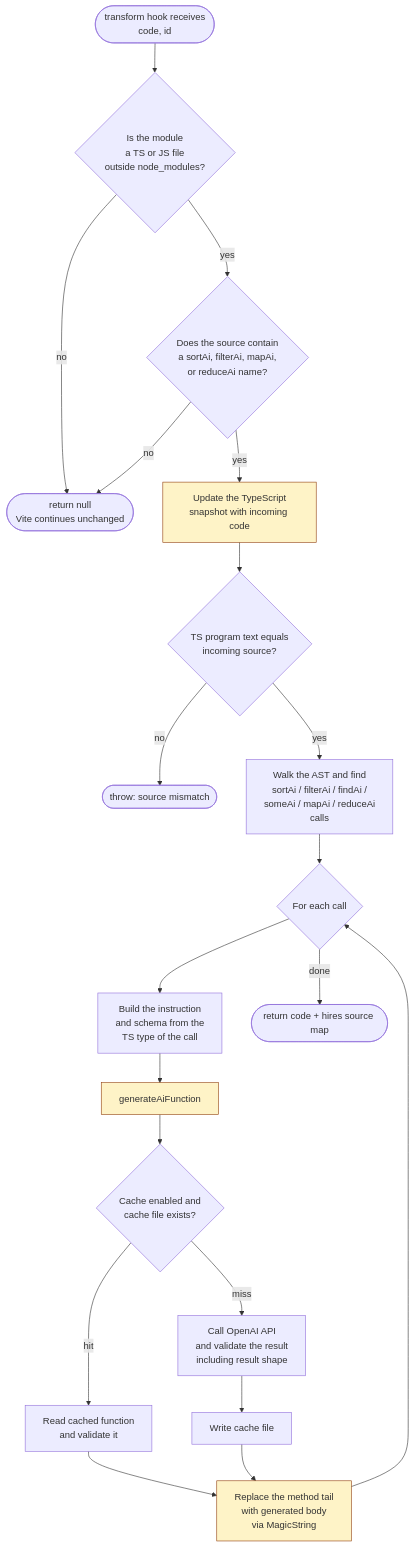
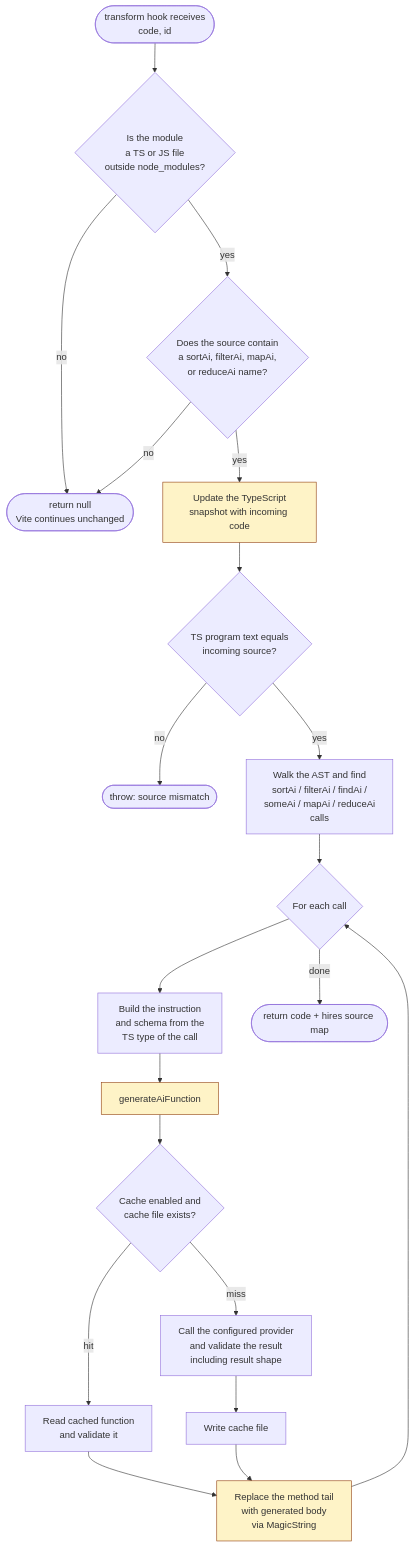
Before and after one commit to rand0mC0d3r/ai-lambda: the second of 4 diagrams in packages/vite-plugin/docs/architecture.md, drawn with Mermaid. The commit also changed other lines of this file and 23 other files, not shown here.

````diff
--- a/packages/vite-plugin/docs/architecture.md
+++ b/packages/vite-plugin/docs/architecture.md
@@ -47,26 +47,26 @@
 ```mermaid
 flowchart TD
     T([transform hook receives<br/>code, id]) --> U{Is the module<br/>a TS or JS file<br/>outside node_modules?}
     U -->|no| P1([return null<br/>Vite continues unchanged])
     U -->|yes| V{Does the source contain<br/>a sortAi, filterAi, mapAi,<br/>or reduceAi name?}
     V -->|no| P1
     V -->|yes| W[Update the TypeScript<br/>snapshot with incoming code]
     W --> X{TS program text equals<br/>incoming source?}
     X -->|no| ERR1([throw: source mismatch])
     X -->|yes| Y[Walk the AST and find<br/>sortAi / filterAi / findAi /<br/>someAi / mapAi / reduceAi<br/>calls]
     Y --> Z{For each call}
     Z --> AA[Build the instruction<br/>and schema from the<br/>TS type of the call]
     AA --> AB[generateAiFunction]
     AB --> AC{Cache enabled and<br/>cache file exists?}
     AC -->|hit| AD[Read cached function<br/>and validate it]
-    AC -->|miss| AE[Call OpenAI API<br/>and validate the result<br/>including result shape]
+    AC -->|miss| AE[Call the configured provider<br/>and validate the result<br/>including result shape]
     AE --> AF[Write cache file]
     AD --> AG[Replace the method tail<br/>with generated body<br/>via MagicString]
     AF --> AG
     AG --> Z
     Z -->|done| AH([return code + hires source map])
 
     style W fill:#fef3c7,stroke:#92400e
     style AB fill:#fef3c7,stroke:#92400e
     style AG fill:#fef3c7,stroke:#92400e
 ```
````
